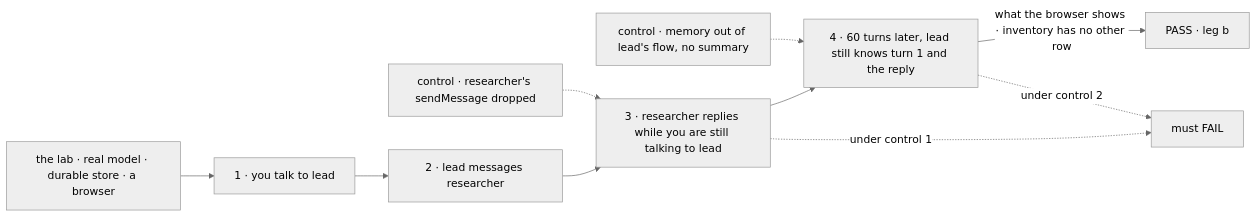
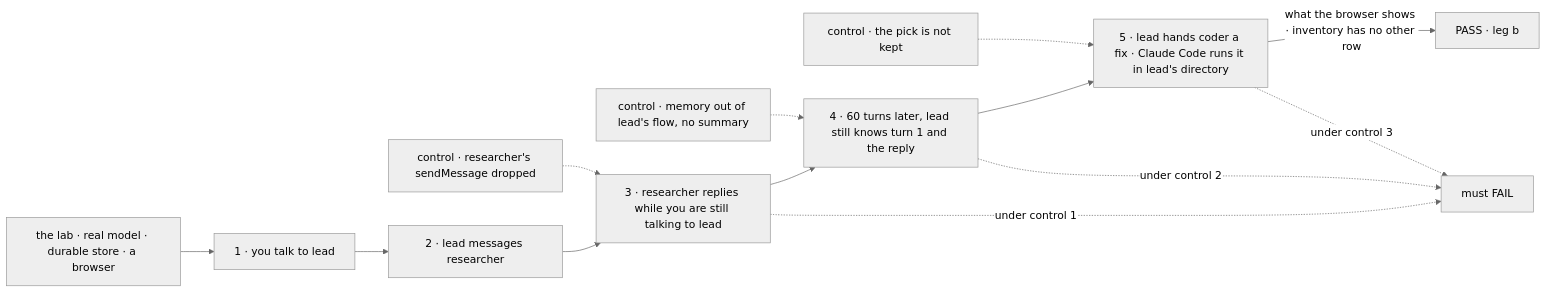
Before and after one commit to fixpoint-labs/flow-state-dev: the diagram in specs/issues/FIX-2154/SPEC.md, drawn with Mermaid (neutral theme). The commit also changed other lines of this file and 4 other files, not shown here.

````diff
--- a/specs/issues/FIX-2154/SPEC.md
+++ b/specs/issues/FIX-2154/SPEC.md
@@ -29,12 +32,15 @@
 ```mermaid
 flowchart LR
   L["the lab · real model · durable store · a browser"] --> S1["1 · you talk to lead"]
   S1 --> S2["2 · lead messages researcher"]
   S2 --> S3["3 · researcher replies while you are still talking to lead"]
   S3 --> S4["4 · 60 turns later, lead still knows turn 1 and the reply"]
-  S4 -->|"what the browser shows · inventory has no other row"| P["PASS · leg b"]
+  S4 --> S5["5 · lead hands coder a fix · Claude Code runs it in lead's directory"]
+  S5 -->|"what the browser shows · inventory has no other row"| P["PASS · leg b"]
   C1["control · researcher's sendMessage dropped"] -.-> S3
   C2["control · memory out of lead's flow, no summary"] -.-> S4
   S3 -.->|"under control 1"| F["must FAIL"]
+  C3["control · the pick is not kept"] -.-> S5
   S4 -.->|"under control 2"| F
+  S5 -.->|"under control 3"| F
 ```
````
